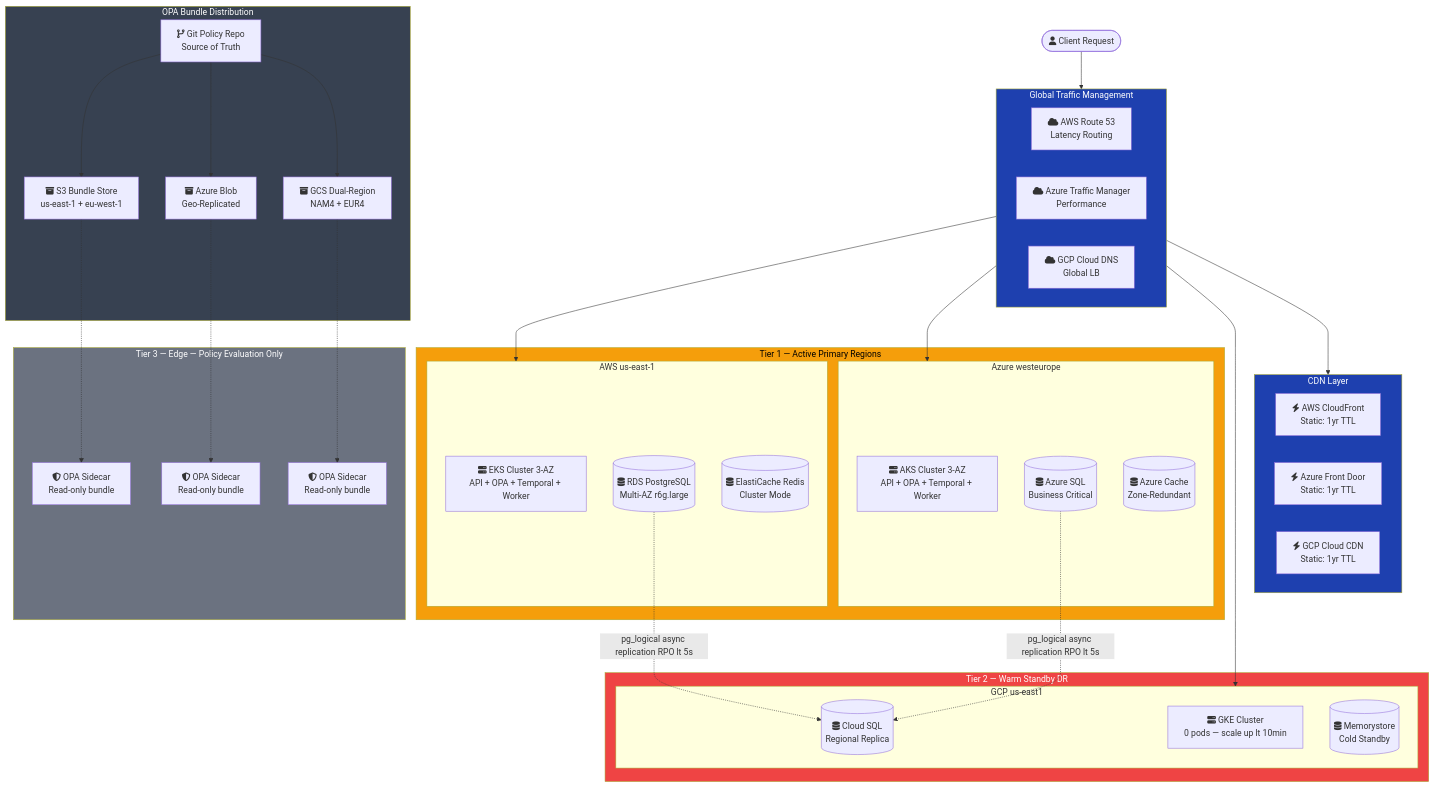
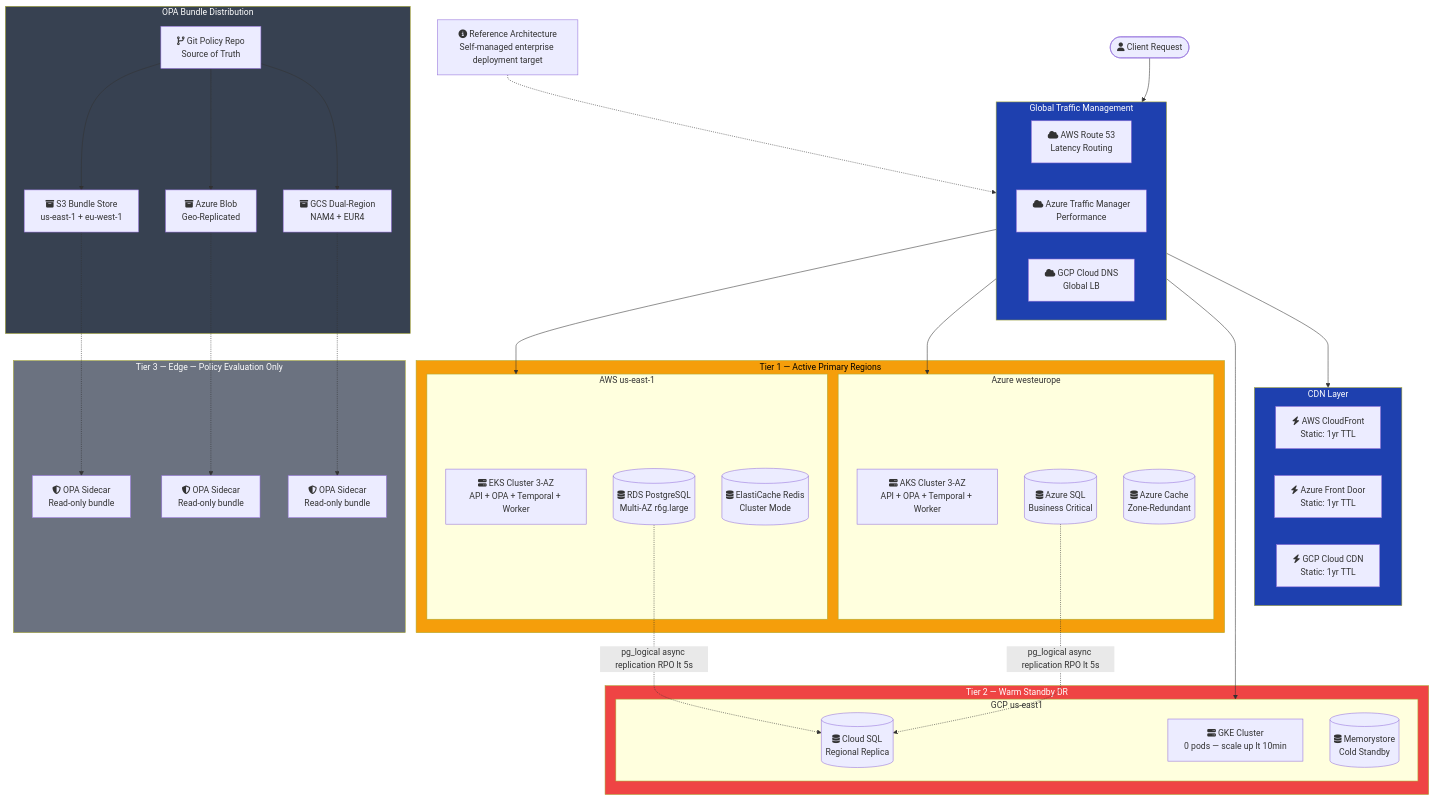
The diagram in docs/core/diagrams/global-deployment-architecture.mmd (lvonguyen/cloudforge), drawn with Mermaid before and after one commit. The commit also changed 54 other files, not shown here.

First line of the commit message:
docs: Figma-native CF.1-CF.8 diagram exports + stale render cleanup

```diff
--- a/docs/core/diagrams/global-deployment-architecture.mmd
+++ b/docs/core/diagrams/global-deployment-architecture.mmd
@@ -1,70 +1,71 @@
 flowchart TB
+    REF["fa:fa-info-circle Reference Architecture\nSelf-managed enterprise deployment target"] -.-> GTM
     Client(["fa:fa-user Client Request"]) --> GTM
 
     subgraph GTM [Global Traffic Management]
         direction LR
         R53["fa:fa-cloud AWS Route 53\nLatency Routing"]
         ATM["fa:fa-cloud Azure Traffic Manager\nPerformance"]
         CDNS["fa:fa-cloud GCP Cloud DNS\nGlobal LB"]
     end
 
     GTM --> AWSP
     GTM --> AZUREP
     GTM --> GCPP
 
     subgraph TIER1 [Tier 1 — Active Primary Regions]
         subgraph AWSP [AWS us-east-1]
             AWSEKS["fa:fa-server EKS Cluster 3-AZ\nAPI + OPA + Temporal + Worker"]
             AWSRDS[("fa:fa-database RDS PostgreSQL\nMulti-AZ r6g.large")]
             AWSREDIS[("fa:fa-database ElastiCache Redis\nCluster Mode")]
         end
 
         subgraph AZUREP [Azure westeurope]
             AKSCLUSTER["fa:fa-server AKS Cluster 3-AZ\nAPI + OPA + Temporal + Worker"]
             AZURESQL[("fa:fa-database Azure SQL\nBusiness Critical")]
             AZUREDIS[("fa:fa-database Azure Cache\nZone-Redundant")]
         end
     end
 
     subgraph TIER2 [Tier 2 — Warm Standby DR]
         subgraph GCPP [GCP us-east1]
             GKEDR["fa:fa-server GKE Cluster\n0 pods — scale up lt 10min"]
             CLOUDSQLDR[("fa:fa-database Cloud SQL\nRegional Replica")]
             MEMDR[("fa:fa-database Memorystore\nCold Standby")]
         end
     end
 
     subgraph TIER3 [Tier 3 — Edge — Policy Evaluation Only]
         EDGE1["fa:fa-shield-alt OPA Sidecar\nRead-only bundle"]
         EDGE2["fa:fa-shield-alt OPA Sidecar\nRead-only bundle"]
         EDGE3["fa:fa-shield-alt OPA Sidecar\nRead-only bundle"]
     end
 
     AWSRDS -. "pg_logical async replication RPO lt 5s" .-> CLOUDSQLDR
     AZURESQL -. "pg_logical async replication RPO lt 5s" .-> CLOUDSQLDR
 
     subgraph CDN [CDN Layer]
         CF["fa:fa-bolt AWS CloudFront\nStatic: 1yr TTL"]
         AFD["fa:fa-bolt Azure Front Door\nStatic: 1yr TTL"]
         GCDN["fa:fa-bolt GCP Cloud CDN\nStatic: 1yr TTL"]
     end
 
     GTM --> CDN
 
     subgraph OPA_BUNDLE [OPA Bundle Distribution]
         GIT["fa:fa-code-branch Git Policy Repo\nSource of Truth"]
         GIT --> S3BUNDLE["fa:fa-archive S3 Bundle Store\nus-east-1 + eu-west-1"]
         GIT --> BLOBUNDLE["fa:fa-archive Azure Blob\nGeo-Replicated"]
         GIT --> GCSBUNDLE["fa:fa-archive GCS Dual-Region\nNAM4 + EUR4"]
     end
 
     S3BUNDLE -.-> EDGE1
     BLOBUNDLE -.-> EDGE2
     GCSBUNDLE -.-> EDGE3
 
     style TIER1 fill:#f59e0b,color:#000
     style TIER2 fill:#ef4444,color:#fff
     style TIER3 fill:#6b7280,color:#fff
     style CDN fill:#1e40af,color:#fff
     style OPA_BUNDLE fill:#374151,color:#fff
     style GTM fill:#1e40af,color:#fff
```
